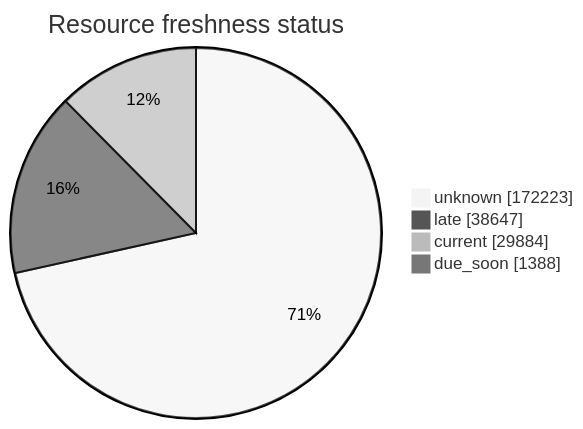
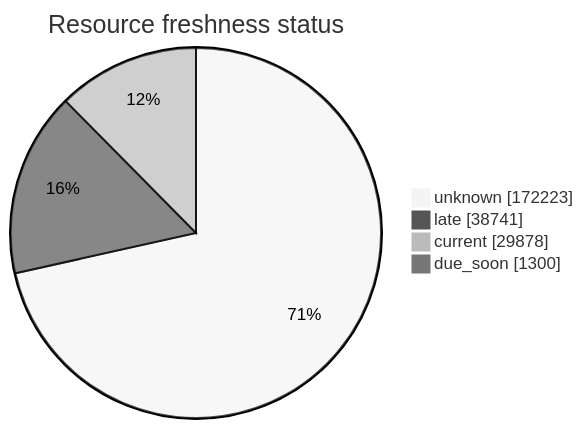
Before and after one commit to open-data/analytics-corporate-reporting: the third of 5 diagrams in FreshCheck/README.md, drawn with Mermaid (neutral theme). The commit also changed other lines of this file and 3 other files, not shown here.

````diff
--- a/FreshCheck/README.md
+++ b/FreshCheck/README.md
@@ -77,7 +77,7 @@
 ```mermaid
 pie showData title Resource freshness status
     "unknown": 172223
-    "late": 38647
-    "current": 29884
-    "due_soon": 1388
+    "late": 38741
+    "current": 29878
+    "due_soon": 1300
 ```
````
